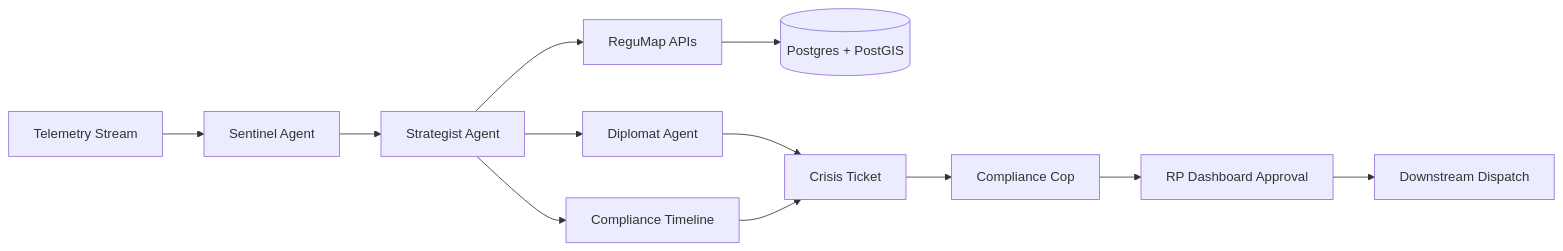
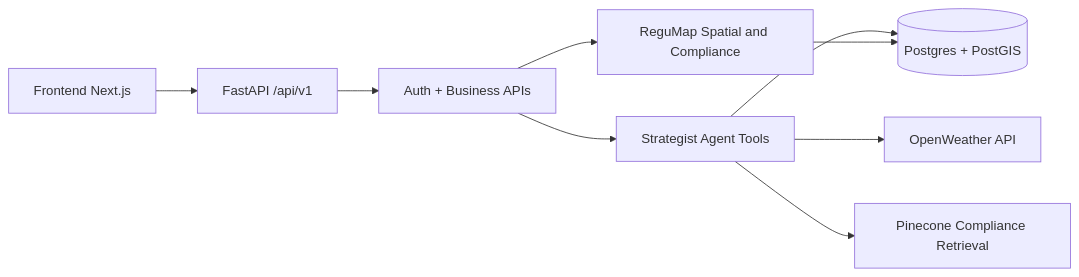
The diagram in README.md (amansahu205/jarvis-ai), drawn with Mermaid before and after one commit. The commit also changed other lines of this file, not shown here.

Commit message:
docs: expand README with architecture, replication, and remaining work

````diff
--- a/README.md
+++ b/README.md
@@ -38,14 +79,11 @@
 ```mermaid
 flowchart LR
-		A[Telemetry Stream] --> B[Sentinel Agent]
-		B --> C[Strategist Agent]
-		C --> D[ReguMap APIs]
-		D --> E[(Postgres + PostGIS)]
-		C --> F[Compliance Timeline]
-		C --> G[Diplomat Agent]
-		G --> H[Crisis Ticket]
-		F --> H
-		H --> I[Compliance Cop]
-		I --> J[RP Dashboard Approval]
-		J --> K[Downstream Dispatch]
+    A[Frontend Next.js] --> B[FastAPI /api/v1]
+    B --> C[Auth + Business APIs]
+    C --> D[Strategist Agent Tools]
+    C --> E[ReguMap Spatial and Compliance]
+    D --> F[(Postgres + PostGIS)]
+    E --> F
+    D --> G[OpenWeather API]
+    D --> H[Pinecone Compliance Retrieval]
 ```
````
